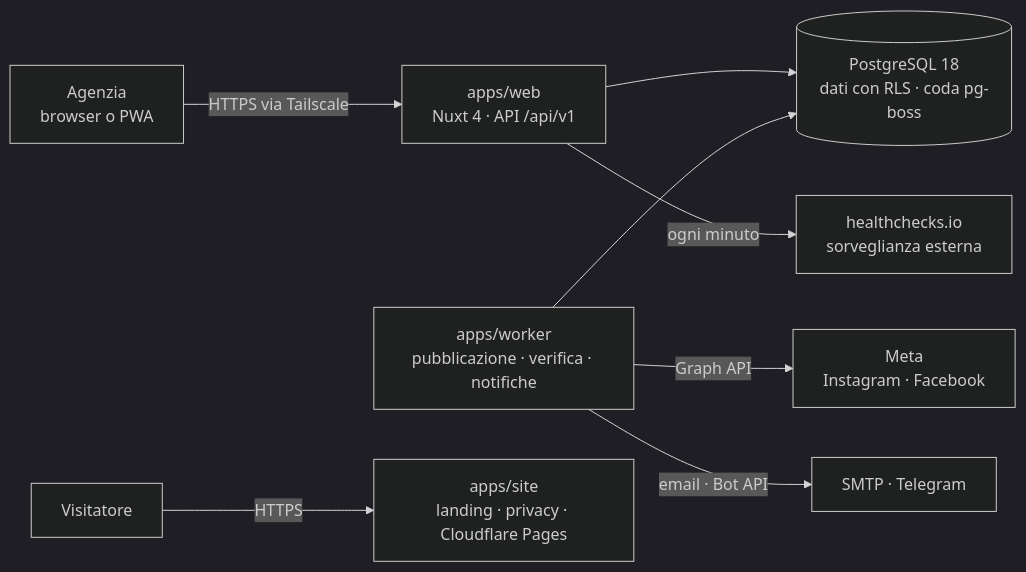
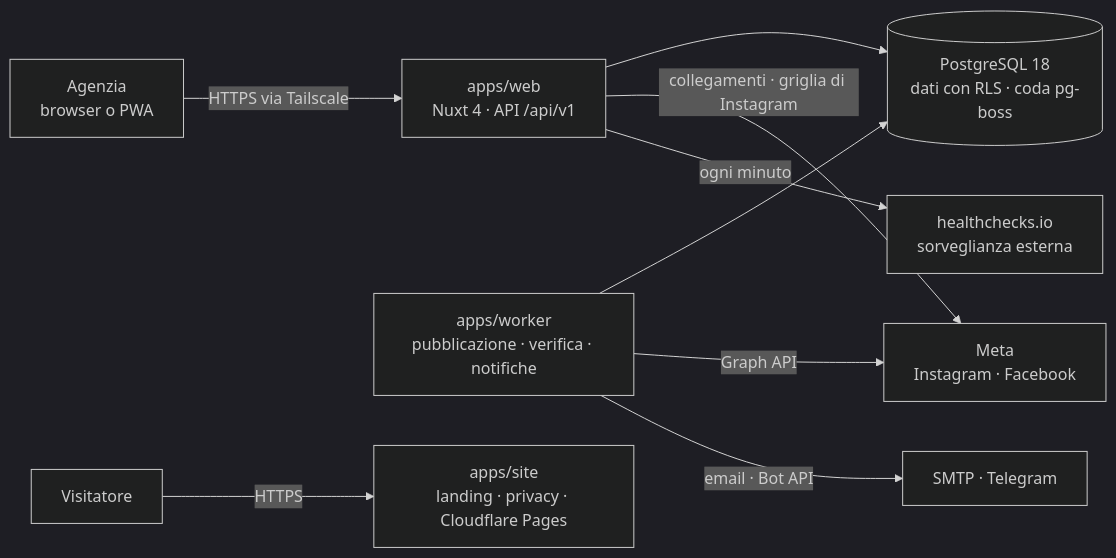
The diagram in README.md (grecomatteo/Feedway), drawn with Mermaid (dark theme) before and after one commit. The commit also changed other lines of this file and 4 other files, not shown here.

````diff
--- a/README.md
+++ b/README.md
@@ -93,10 +95,11 @@
 ```mermaid
 flowchart LR
   U[Agenzia<br>browser o PWA] -->|HTTPS via Tailscale| W[apps/web<br>Nuxt 4 · API /api/v1]
   W --> DB[(PostgreSQL 18<br>dati con RLS · coda pg-boss)]
   K[apps/worker<br>pubblicazione · verifica · notifiche] --> DB
   K -->|Graph API| M[Meta<br>Instagram · Facebook]
+  W -->|collegamenti · griglia di Instagram| M
   K -->|email · Bot API| N[SMTP · Telegram]
   W -->|ogni minuto| H[healthchecks.io<br>sorveglianza esterna]
   V[Visitatore] -->|HTTPS| S[apps/site<br>landing · privacy · Cloudflare Pages]
 ```
````
